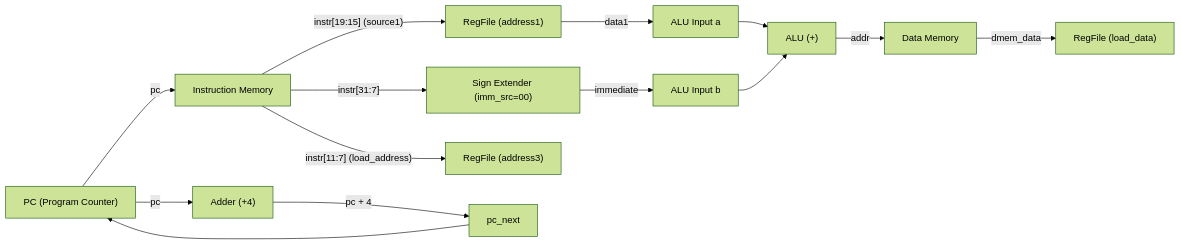
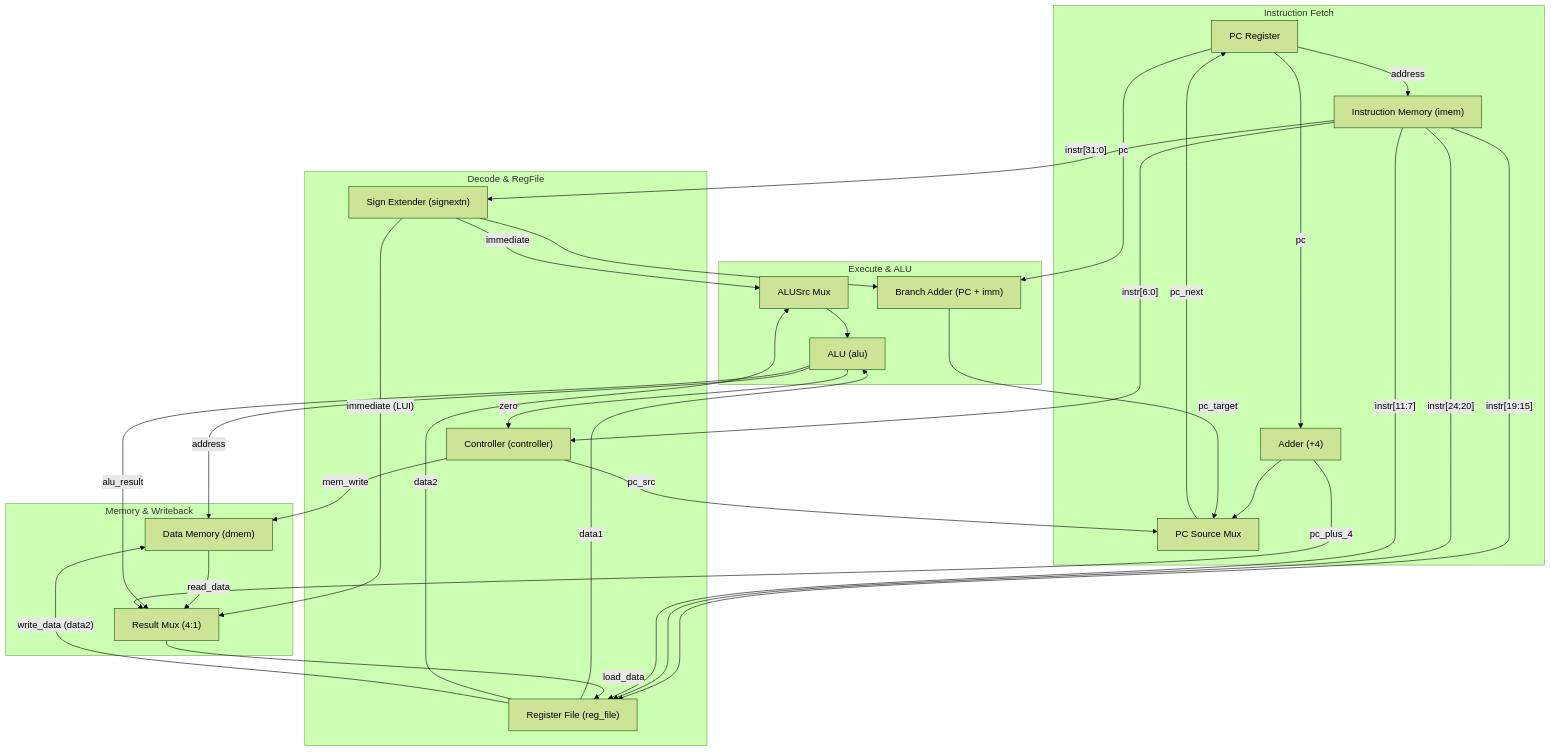
Before and after one commit to nikunjmalik306/rm32: the first of 2 diagrams in README.md, drawn with Mermaid (forest theme). The commit also changed other lines of this file and 3 other files, not shown here.

````diff
--- a/README.md
+++ b/README.md
@@ -97,18 +54,40 @@
 ```mermaid
-flowchart LR
-    PC["PC (Program Counter)"] -->|"pc"| IMEM["Instruction Memory"]
-    IMEM -->|"instr[19:15] (source1)"| RF_A1["RegFile (address1)"]
-    IMEM -->|"instr[31:7]"| SEXT["Sign Extender (imm_src=00)"]
-    IMEM -->|"instr[11:7] (load_address)"| RF_A3["RegFile (address3)"]
-    
-    RF_A1 -->|"data1"| ALU_A["ALU Input a"]
-    SEXT -->|"immediate"| ALU_B["ALU Input b"]
-    
-    ALU_A & ALU_B --> ALU["ALU (+)"]
-    ALU -->|"addr"| DMEM["Data Memory"]
-    DMEM -->|"dmem_data"| RF_WD["RegFile (load_data)"]
-    
-    PC -->|"pc"| PC_ADD["Adder (+4)"]
-    PC_ADD -->|"pc + 4"| PC_NEXT["pc_next"]
-    PC_NEXT --> PC
+flowchart TD
+    subgraph IF["Instruction Fetch"]
+        PC["PC Register"] -->|"address"| IMEM["Instruction Memory (imem)"]
+        PC -->|"pc"| PC_ADD4["Adder (+4)"]
+        PC_ADD4 --> PC_MUX["PC Source Mux"]
+        PC_MUX -->|"pc_next"| PC
+    end
+
+    subgraph ID["Decode & RegFile"]
+        IMEM -->|"instr[31:0]"| SEXT["Sign Extender (signextn)"]
+        IMEM -->|"instr[6:0]"| CTRL["Controller (controller)"]
+        IMEM -->|"instr[19:15]"| RF["Register File (reg_file)"]
+        IMEM -->|"instr[24:20]"| RF
+        IMEM -->|"instr[11:7]"| RF
+    end
+
+    subgraph EX["Execute & ALU"]
+        RF -->|"data1"| ALU["ALU (alu)"]
+        RF -->|"data2"| ALUSRC_MUX["ALUSrc Mux"]
+        SEXT -->|"immediate"| ALUSRC_MUX
+        ALUSRC_MUX --> ALU
+        PC -->|"pc"| BR_ADD["Branch Adder (PC + imm)"]
+        SEXT --> BR_ADD
+        BR_ADD -->|"pc_target"| PC_MUX
+        ALU -->|"zero"| CTRL
+        CTRL -->|"pc_src"| PC_MUX
+    end
+
+    subgraph MEM_WB["Memory & Writeback"]
+        ALU -->|"address"| DMEM["Data Memory (dmem)"]
+        RF -->|"write_data (data2)"| DMEM
+        CTRL -->|"mem_write"| DMEM
+        DMEM -->|"read_data"| WB_MUX["Result Mux (4:1)"]
+        ALU -->|"alu_result"| WB_MUX
+        PC_ADD4 -->|"pc_plus_4"| WB_MUX
+        SEXT -->|"immediate (LUI)"| WB_MUX
+        WB_MUX -->|"load_data"| RF
+    end
 ```
````
